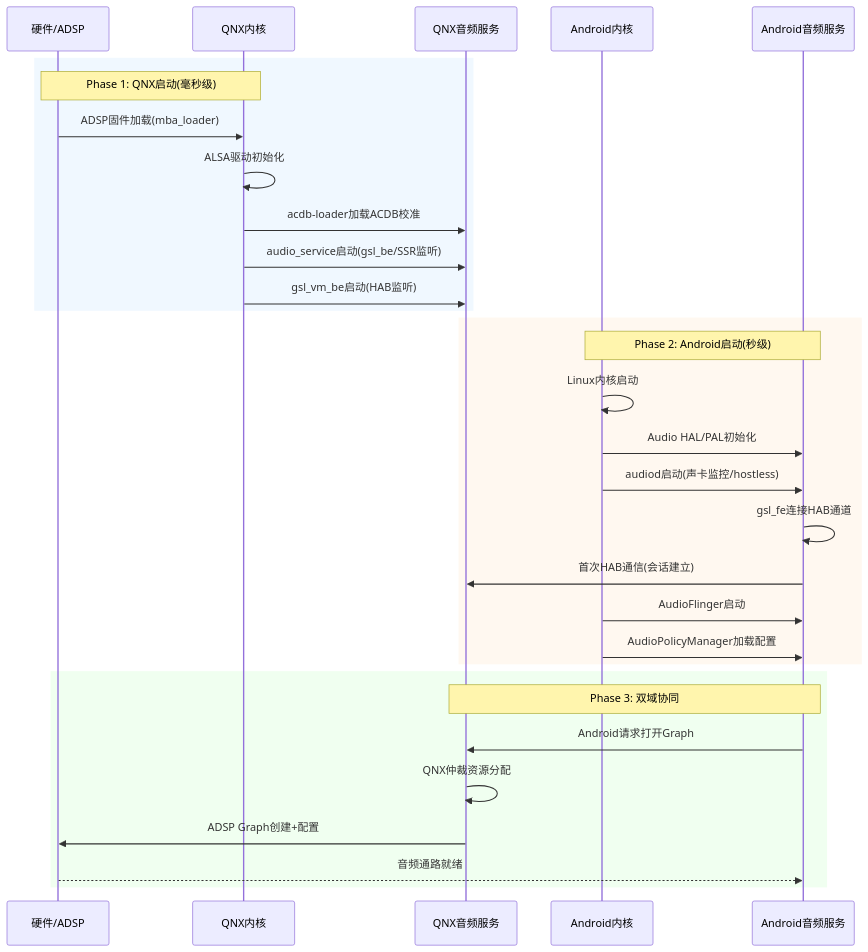
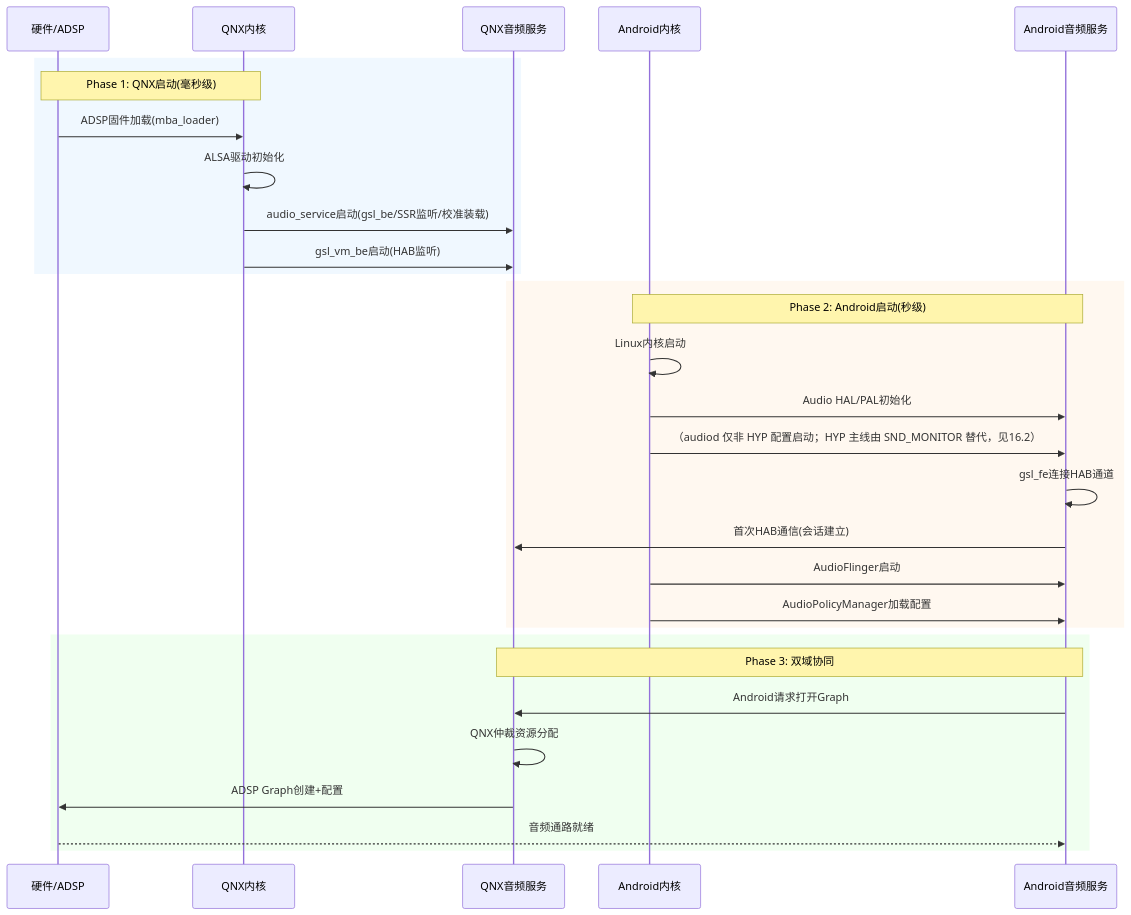
One commit to yanglinzhen1022/SA8295_AAOS_QNX_Audio_KnowledgeBase changed the fifth of 5 diagrams in 16_Vendor_QNX_Architecture/16_16.1_概述.md. Above: the diagram before and after it, drawn with Mermaid. The commit also changed other lines of this file and 1 other file, not shown here.

````diff
--- a/16_Vendor_QNX_Architecture/16_16.1_概述.md
+++ b/16_Vendor_QNX_Architecture/16_16.1_概述.md
@@ -427,36 +427,35 @@
 ```mermaid
 sequenceDiagram
     participant HW as 硬件/ADSP
     participant QNX as QNX内核
     participant QNX_SVC as QNX音频服务
     participant ANDROID as Android内核
     participant ANDROID_SVC as Android音频服务
 
     rect rgb(240,248,255)
         Note over HW,QNX: Phase 1: QNX启动(毫秒级)
         HW->>QNX: ADSP固件加载(mba_loader)
         QNX->>QNX: ALSA驱动初始化
-        QNX->>QNX_SVC: acdb-loader加载ACDB校准
-        QNX->>QNX_SVC: audio_service启动(gsl_be/SSR监听)
+        QNX->>QNX_SVC: audio_service启动(gsl_be/SSR监听/校准装载)
         QNX->>QNX_SVC: gsl_vm_be启动(HAB监听)
     end
 
     rect rgb(255,248,240)
         Note over ANDROID,ANDROID_SVC: Phase 2: Android启动(秒级)
         ANDROID->>ANDROID: Linux内核启动
         ANDROID->>ANDROID_SVC: Audio HAL/PAL初始化
-        ANDROID->>ANDROID_SVC: audiod启动(声卡监控/hostless)
+        ANDROID->>ANDROID_SVC: （audiod 仅非 HYP 配置启动；HYP 主线由 SND_MONITOR 替代，见16.2）
         ANDROID_SVC->>ANDROID_SVC: gsl_fe连接HAB通道
         ANDROID_SVC->>QNX_SVC: 首次HAB通信(会话建立)
         ANDROID->>ANDROID_SVC: AudioFlinger启动
         ANDROID->>ANDROID_SVC: AudioPolicyManager加载配置
     end
 
     rect rgb(240,255,240)
         Note over QNX_SVC,ANDROID_SVC: Phase 3: 双域协同
         ANDROID_SVC->>QNX_SVC: Android请求打开Graph
         QNX_SVC->>QNX_SVC: QNX仲裁资源分配
         QNX_SVC->>HW: ADSP Graph创建+配置
         HW-->>ANDROID_SVC: 音频通路就绪
     end
 ```
````
